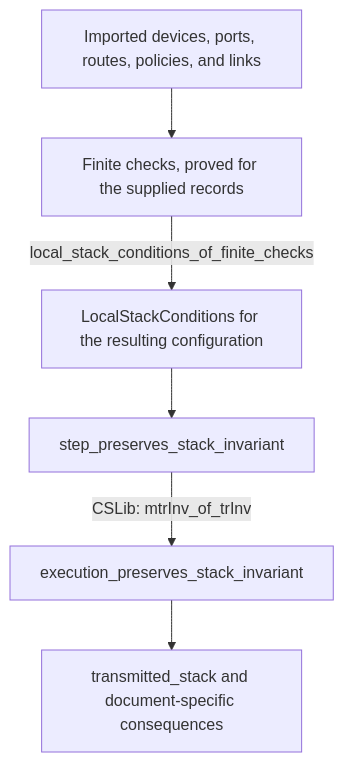
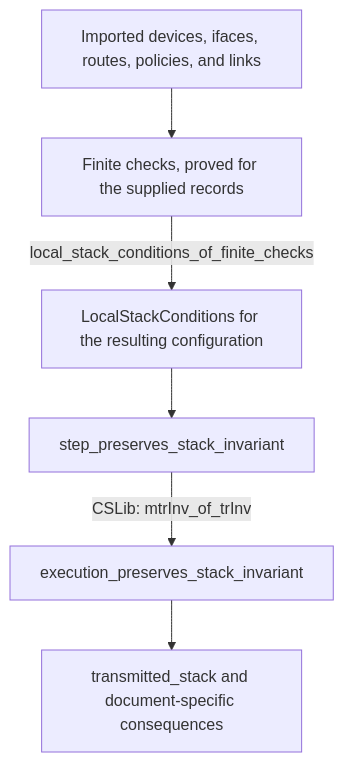
One commit to HongyuHe/TDN changed the diagram in docs/semantics.md. Above: the diagram before and after it, drawn with Mermaid. The commit also changed other lines of this file and 665 other files, not shown here.

````diff
--- a/docs/semantics.md
+++ b/docs/semantics.md
@@ -64,14 +66,14 @@
 ```mermaid
 flowchart TD
-    records["Imported devices, ports, routes, policies, and links"]
+    records["Imported devices, ifaces, routes, policies, and links"]
     checks["Finite checks, proved for the supplied records"]
     local["LocalStackConditions for the resulting configuration"]
     step["step_preserves_stack_invariant"]
     trace["execution_preserves_stack_invariant"]
     result["transmitted_stack and document-specific consequences"]
     records --> checks
     checks -->|"local_stack_conditions_of_finite_checks"| local
     local --> step
     step -->|"CSLib: mtrInv_of_trInv"| trace
     trace --> result
 ```
````
